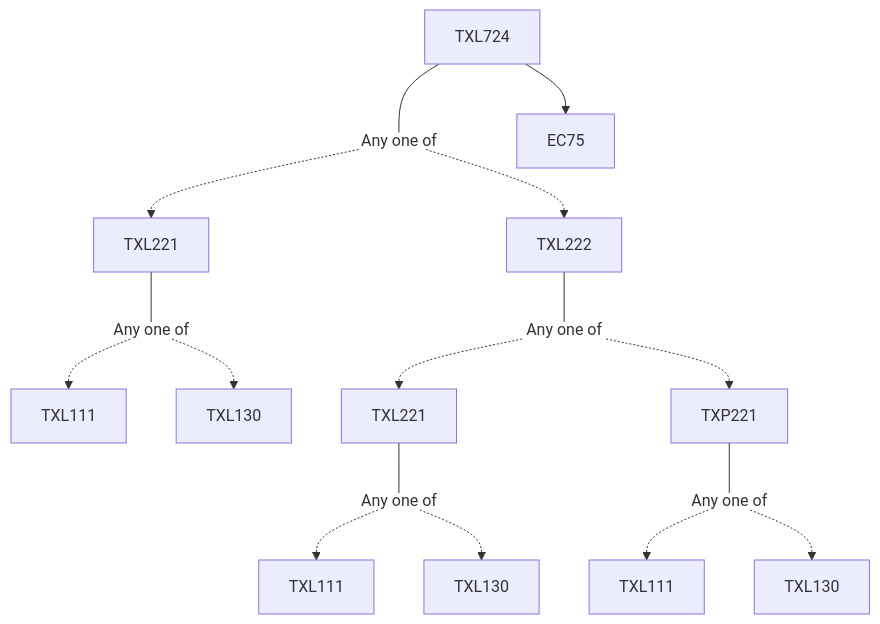
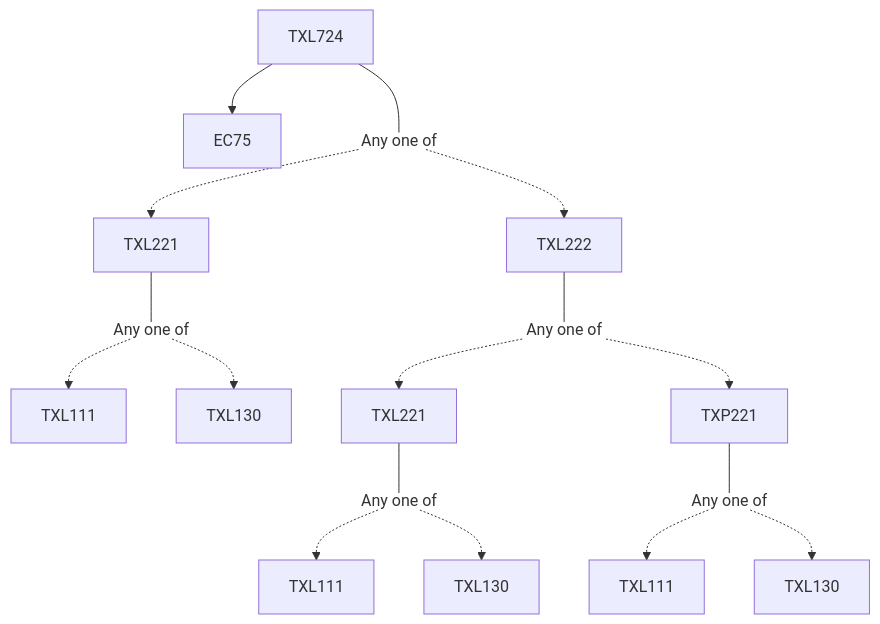
One commit to KeshavBansal0122/CoS_Website changed the diagram in content/Textile and Fibre Engineering/TXL724.md. Above: the diagram before and after it, drawn with Mermaid. The commit also changed other lines of this file and 2662 other files, not shown here.

````diff
--- a/content/Textile and Fibre Engineering/TXL724.md
+++ b/content/Textile and Fibre Engineering/TXL724.md
@@ -15,23 +15,23 @@
 ```mermaid
 flowchart TD
 TXL724-1703[TXL724]
+TXL724-1703 --> EC75-1703[EC75]
 TXL724-1703 --- Or1704[Any one of]:::empty
 Or1704 -.-> TXL221-1705[TXL221]
 TXL221-1705 --- Or1706[Any one of]:::empty
 Or1706 -.-> TXL111-1707[TXL111]
 Or1706 -.-> TXL130-1708[TXL130]
-Or1704 -.-> TXL222-1709[TXL222]
 TXL222-1709 --- Or1710[Any one of]:::empty
-Or1710 -.-> TXL221-1711[TXL221]
 TXL221-1711 --- Or1712[Any one of]:::empty
 Or1712 -.-> TXL111-1713[TXL111]
 Or1712 -.-> TXL130-1714[TXL130]
+Or1710 -.-> TXL221-1711[TXL221]
 TXP221-1715 --- Or1716[Any one of]:::empty
 Or1716 -.-> TXL111-1717[TXL111]
 Or1716 -.-> TXL130-1718[TXL130]
 Or1710 -.-> TXP221-1715[TXP221]
-TXL724-1703 --> EC75-1703[EC75]
+Or1704 -.-> TXL222-1709[TXL222]
 
 classDef empty height:17px, fill:transparent, stroke:transparent;
 classDef trueEmpty height:0px, width:0px;
 ```
````
